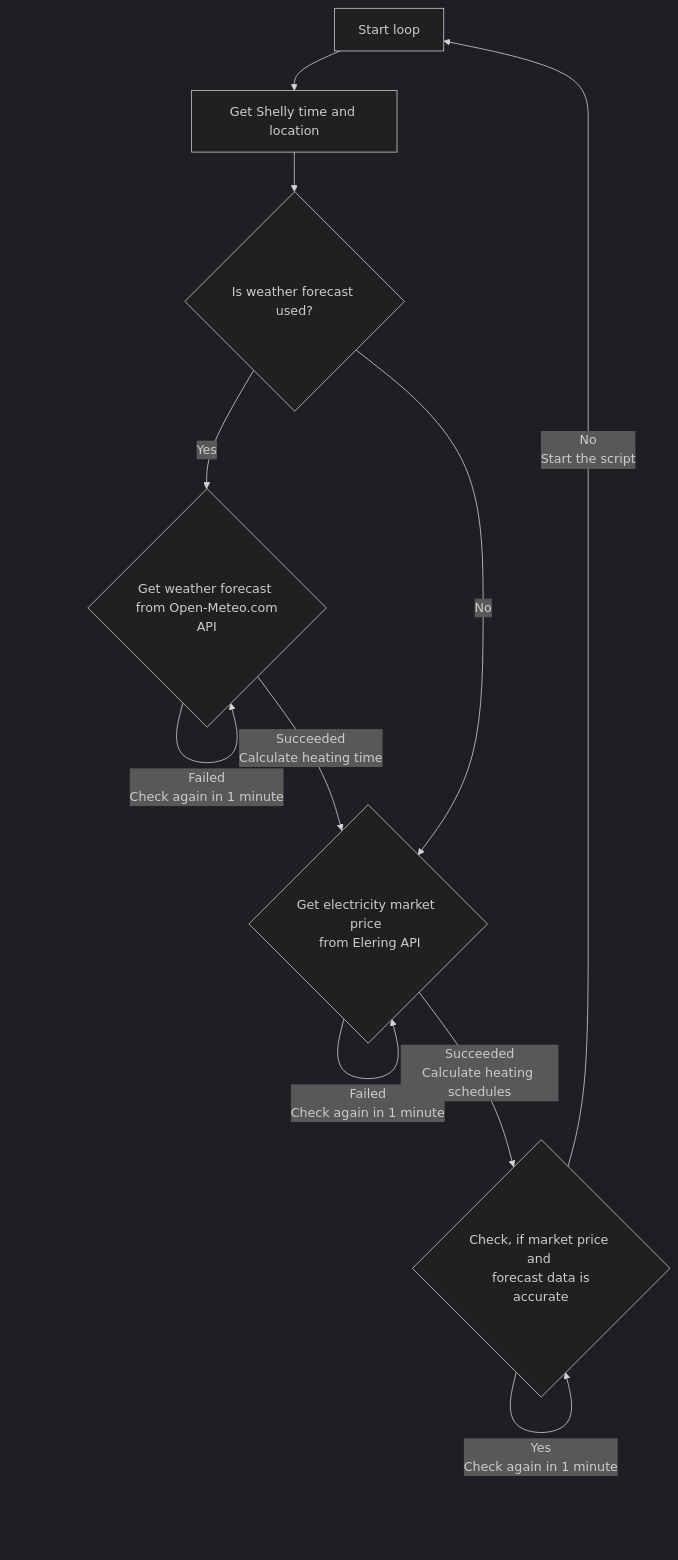
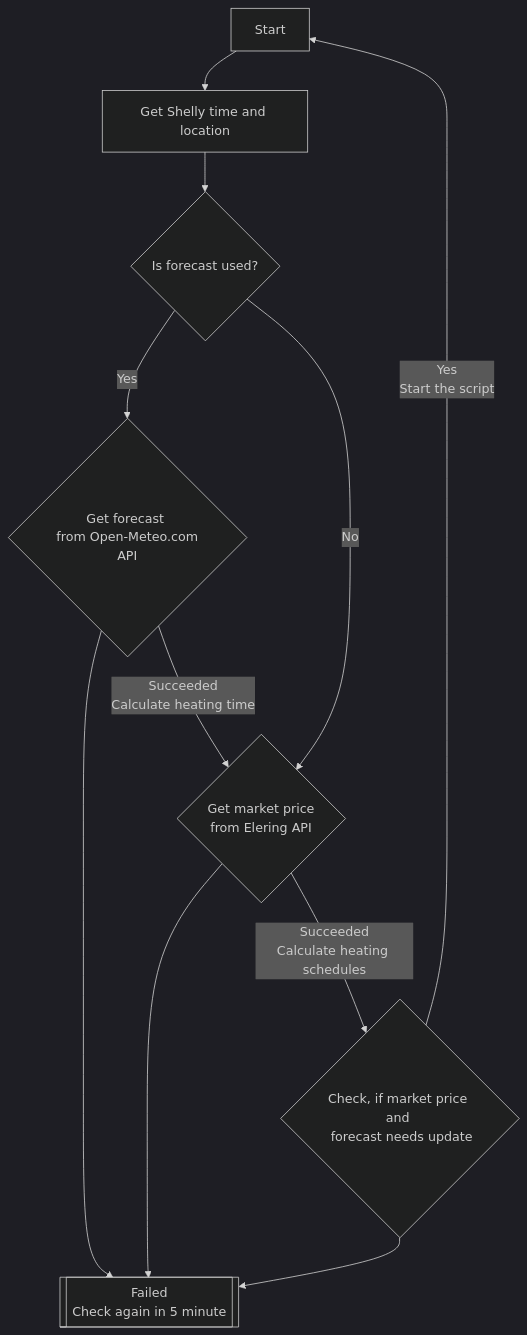
Before and after one commit to LeivoSepp/Smart-heating-management-with-Shelly: the first of 2 diagrams in README.md, drawn with Mermaid (dark theme). The commit also changed other lines of this file and 1 other file, not shown here.

````diff
--- a/README.md
+++ b/README.md
@@ -293,13 +281,13 @@
 ```mermaid
 flowchart TD
-    0[Start loop] --> A
-    A[Get Shelly time and location] --> K{Is weather forecast used?}
-    K -- Yes --> B{Get weather forecast <br> from Open-Meteo.com API}
-    B -- Succeeded </br>Calculate heating time --> D{Get electricity market price <br> from Elering API}
+    0[Start] --> A
+    A[Get Shelly time and location] --> K{Is forecast used?}
+    K -- Yes --> B{Get forecast <br> from Open-Meteo.com API}
+    B -- Succeeded </br>Calculate heating time --> D{Get market price <br> from Elering API}
     K -- No --> D
-    B -- Failed</br>Check again in 1 minute --> B
-    D -- Succeeded</br>Calculate heating schedules --> L{Check, if market price and </br> forecast data is accurate}
-    D -- Failed</br>Check again in 1 minute --> D
-    L -- Yes</br>Check again in 1 minute --> L
-    L -- No</br>Start the script --> 0
+    B --> M@{ shape: subproc, label: "Failed</br>Check again in 5 minute" }
+    D -- Succeeded</br>Calculate heating schedules --> L{Check, if market price and </br> forecast needs update}
+    D --> M
+    L --> M
+    L -- Yes</br>Start the script --> 0
 ```
````
